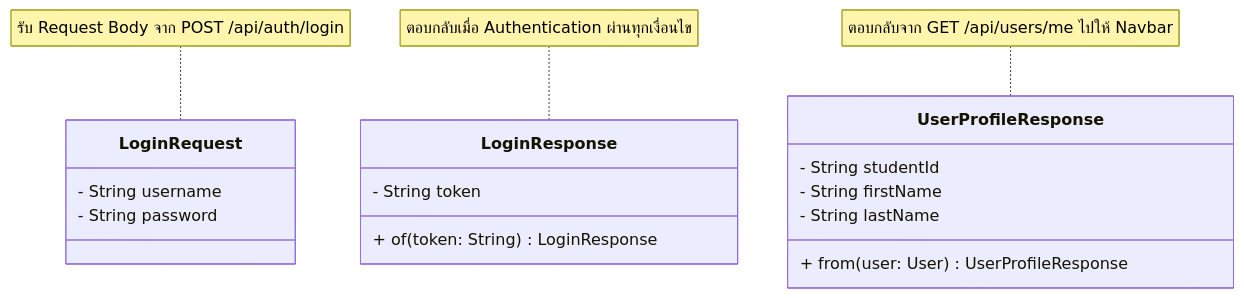
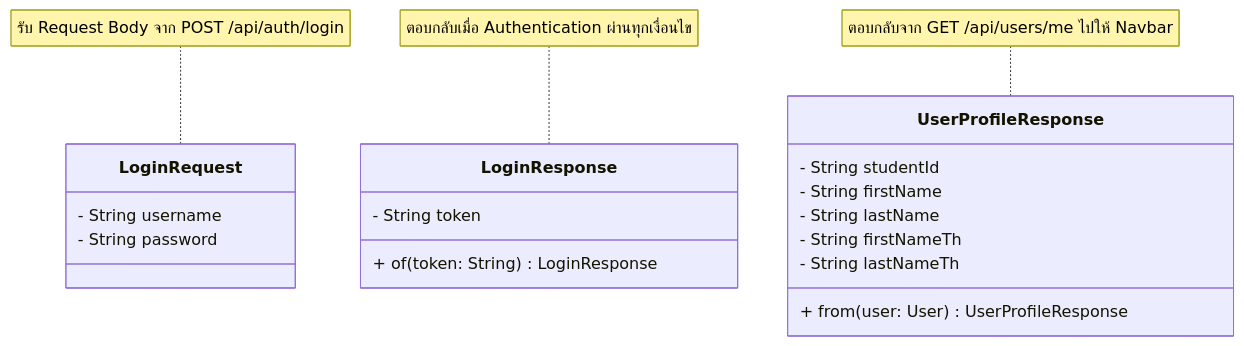
Before and after one commit to Non-Sin/CS261-G3-MockTimetableTU: the diagram in .doc/US3/T05/US3-DTO-Class-Diagram.md, drawn with Mermaid. The commit also changed 21 other files, not shown here.

````diff
--- a/.doc/US3/T05/US3-DTO-Class-Diagram.md
+++ b/.doc/US3/T05/US3-DTO-Class-Diagram.md
@@ -5,20 +5,22 @@
 ```mermaid
 classDiagram
     class LoginRequest {
         - String username
         - String password
     }
     class LoginResponse {
         - String token
         + of(token: String) LoginResponse
     }
     class UserProfileResponse {
         - String studentId
         - String firstName
         - String lastName
+        - String firstNameTh
+        - String lastNameTh
         + from(user: User) UserProfileResponse
     }
     note for LoginRequest "รับ Request Body จาก POST /api/auth/login"
     note for LoginResponse "ตอบกลับเมื่อ Authentication ผ่านทุกเงื่อนไข"
     note for UserProfileResponse "ตอบกลับจาก GET /api/users/me ไปให้ Navbar"
 ```
````
